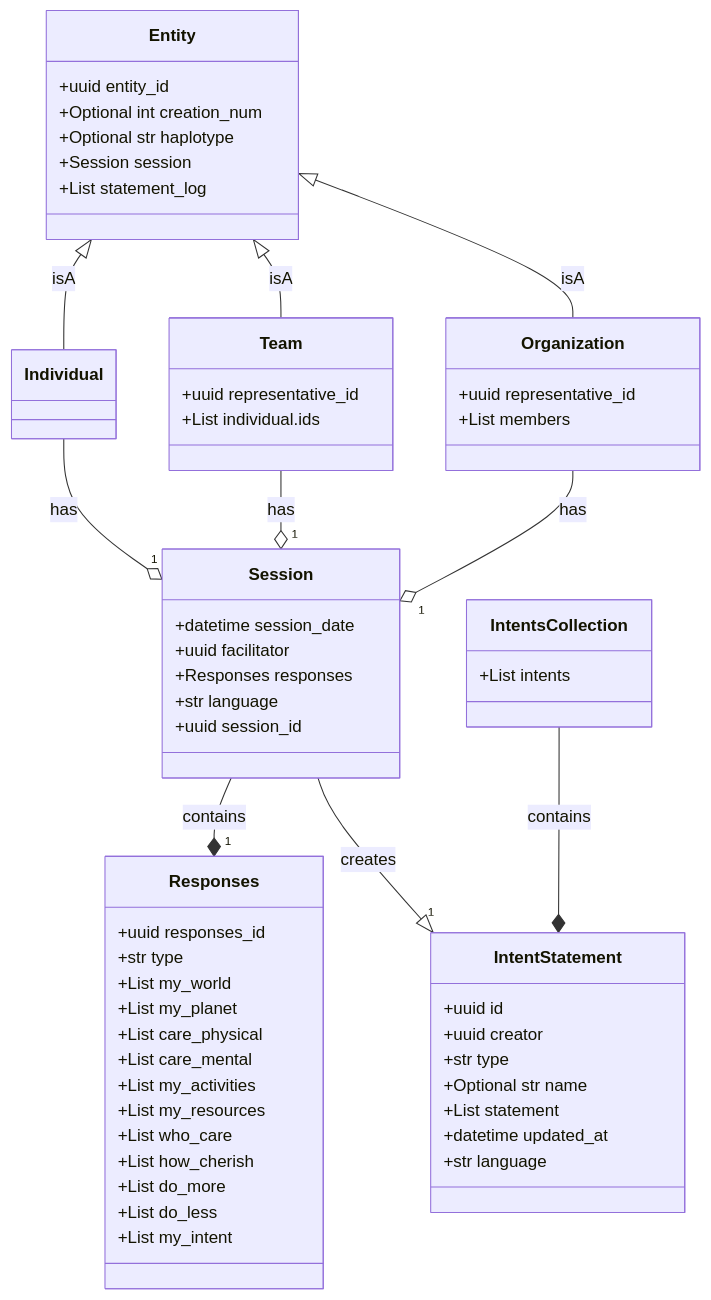
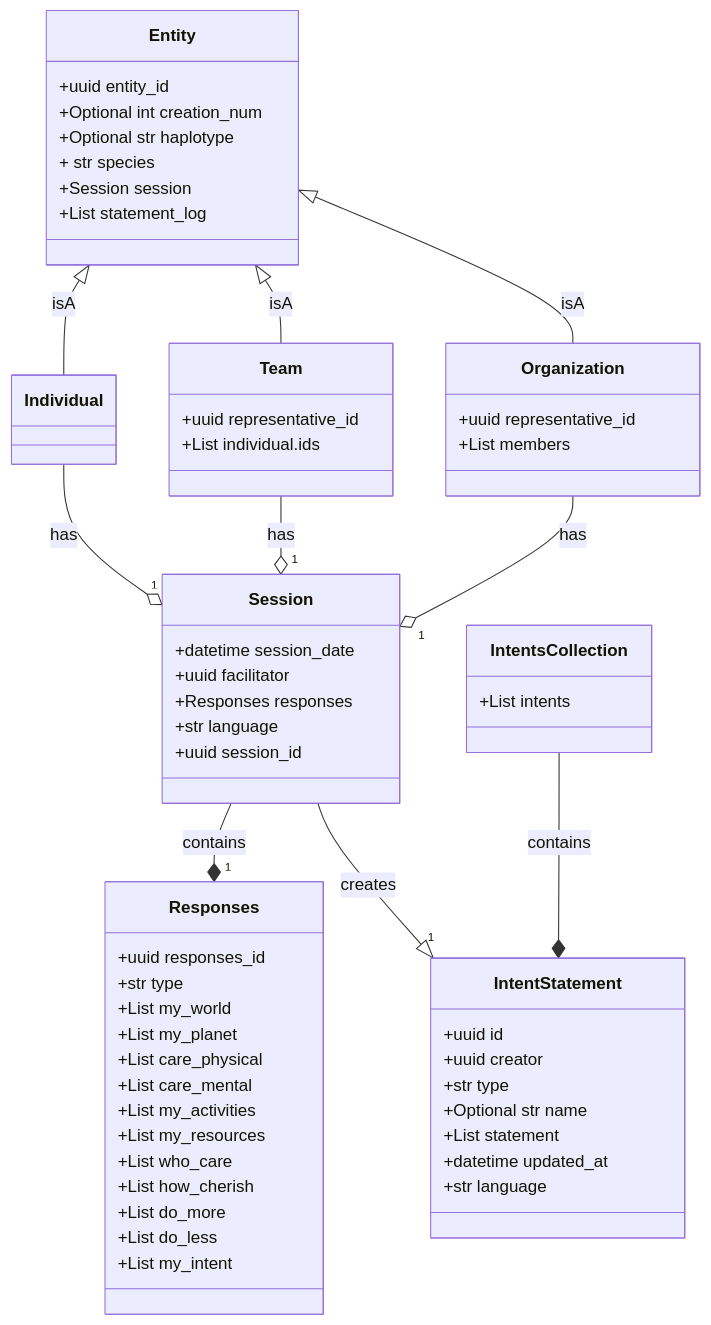
Before and after one commit to drew-wks/intent-for-the-planet: the diagram in docs/data_models_diagram.md, drawn with Mermaid.

````diff
--- a/docs/data_models_diagram.md
+++ b/docs/data_models_diagram.md
@@ -5,64 +5,65 @@
 ```mermaid
 classDiagram
     class Entity {
         +uuid entity_id
         +Optional int creation_num
         +Optional str haplotype
+        + str species
         +Session session
         +List statement_log
     }
     class Individual {
     }
     class Team {
         +uuid representative_id
         +List individual.ids
     }
     class Organization {
         +uuid representative_id
         +List members
     }
     class Session {
         +datetime session_date
         +uuid facilitator
         +Responses responses
         +str language
         +uuid session_id
     }
     class Responses {
         +uuid responses_id
         +str type
         +List my_world
         +List my_planet
         +List care_physical
         +List care_mental
         +List my_activities
         +List my_resources
         +List who_care
         +List how_cherish
         +List do_more
         +List do_less
         +List my_intent
     }
     class IntentStatement {
         +uuid id
         +uuid creator
         +str type
         +Optional str name
         +List statement
         +datetime updated_at
         +str language
     }
     class IntentsCollection {
         +List intents
     }
     IntentsCollection --* IntentStatement : contains
     Session --* "1" Responses : contains
     Entity <|-- Individual : isA
     Entity <|-- Team : isA
     Entity <|-- Organization : isA
     Session--|> "1" IntentStatement : creates
     Individual --o "1" Session : has
     Team --o "1" Session : has
     Organization --o "1" Session : has
 
 ```
````
